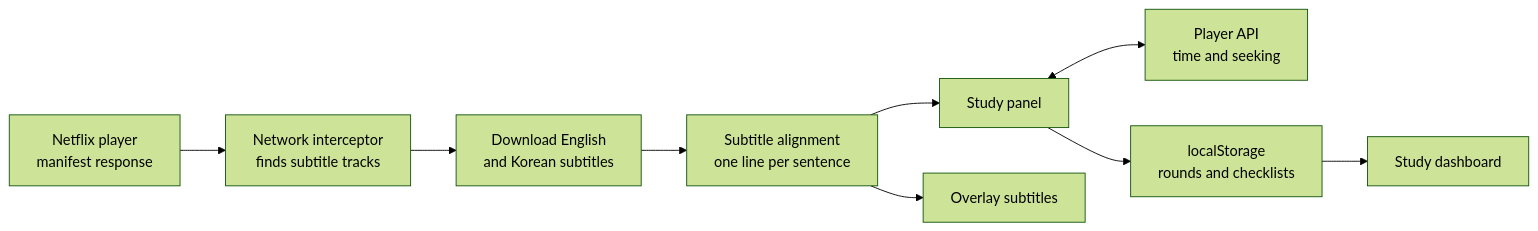
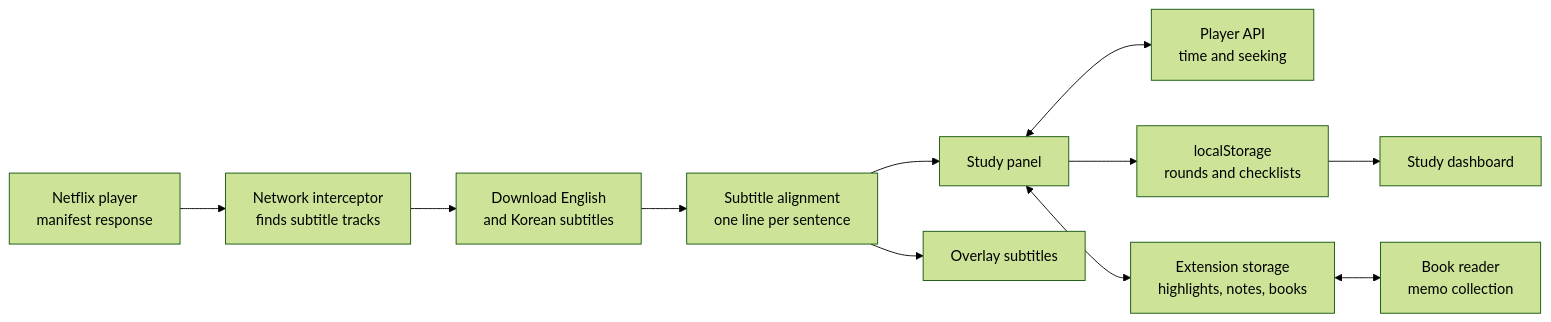
Before and after one commit to mivomad33/netflix-subtitle-study: the diagram in README.en.md, drawn with Mermaid (forest theme). The commit also changed other lines of this file and 12 other files, not shown here.

````diff
--- a/README.en.md
+++ b/README.en.md
@@ -72,11 +84,13 @@
 ```mermaid
 flowchart LR
     A["Netflix player<br/>manifest response"] --> B["Network interceptor<br/>finds subtitle tracks"]
     B --> C["Download English<br/>and Korean subtitles"]
     C --> D["Subtitle alignment<br/>one line per sentence"]
     D --> E["Study panel"]
     D --> F["Overlay subtitles"]
     E <--> G["Player API<br/>time and seeking"]
     E --> H["localStorage<br/>rounds and checklists"]
     H --> I["Study dashboard"]
+    E <--> J["Extension storage<br/>highlights, notes, books"]
+    J <--> K["Book reader<br/>memo collection"]
 ```
````
